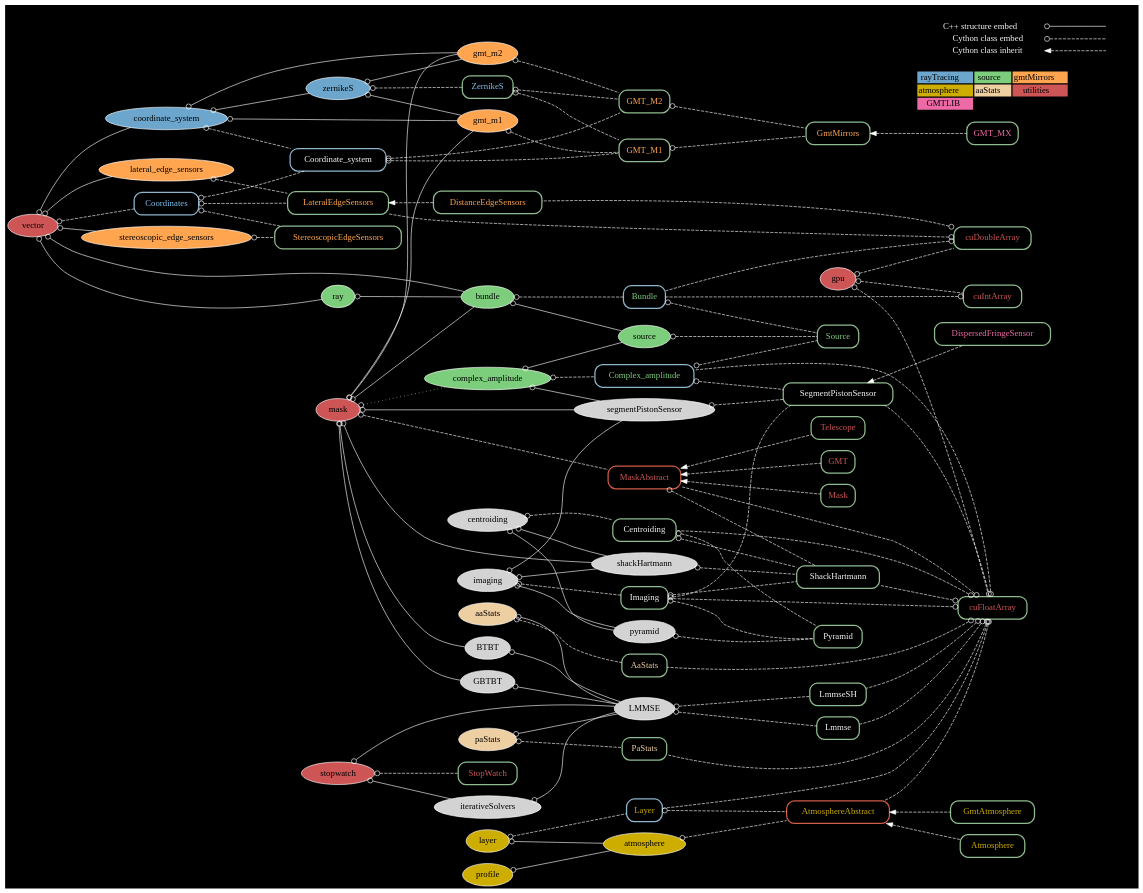
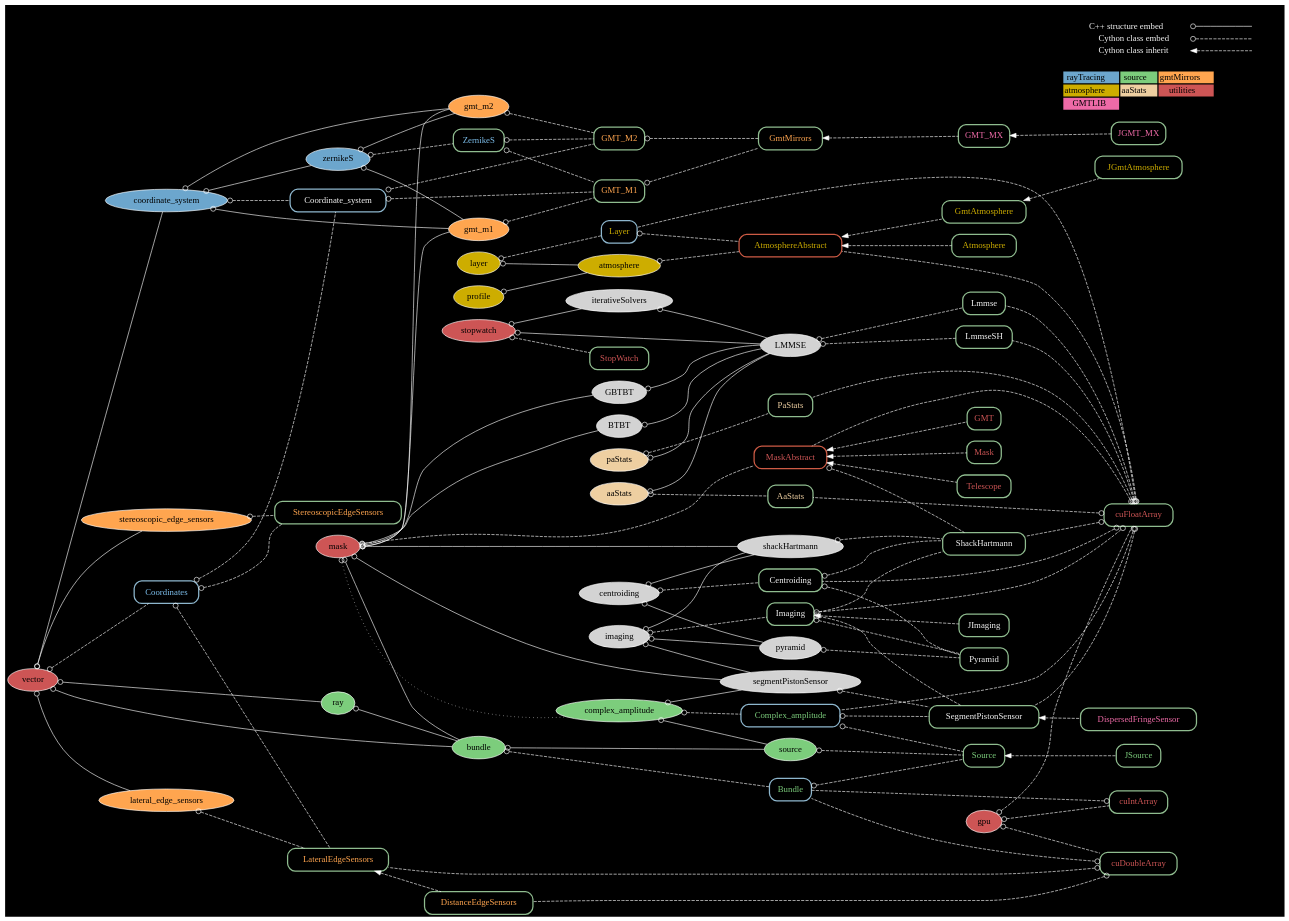
The diagram in graph/ceo.dot (rconan/CEO), drawn with Graphviz before and after one commit.

Commit message:
UPPDATED GRAPH WITH JCLASSES

```diff
--- a/graph/ceo.dot
+++ b/graph/ceo.dot
@@ -102,8 +102,9 @@
 {
 node[fontcolor=palegreen3]
 Bundle;
+Complex_amplitude;
 Source;
-Complex_amplitude;
+JSource;
 }
 
 {
@@ -121,6 +122,7 @@
 AtmosphereAbstract;
 Atmosphere;
 GmtAtmosphere;
+JGmtAtmosphere;
 Layer;
 }
 
@@ -133,6 +135,7 @@
 {
 node[fontcolor=hotpink2]
 GMT_MX;
+JGMT_MX;
 DispersedFringeSensor;
 }
 
@@ -204,15 +207,20 @@
 edge[dir=back,arrowtail=normal];
 
 AtmosphereAbstract -> Atmosphere;
-AtmosphereAbstract -> GmtAtmosphere;
+AtmosphereAbstract -> GmtAtmosphere -> JGmtAtmosphere;
 
 MaskAbstract -> Mask;
 MaskAbstract -> Telescope;
 MaskAbstract -> GMT;
 
-GmtMirrors -> GMT_MX;
+GmtMirrors -> GMT_MX -> JGMT_MX;
 SegmentPistonSensor -> DispersedFringeSensor;
 LateralEdgeSensors -> DistanceEdgeSensors;
+
+
+Source -> JSource;
+
+Imaging -> JImaging;
 
 #{rank = source; mask;}
 #{rank = same; gpu; GMT_MX; Atmosphere;}
```
